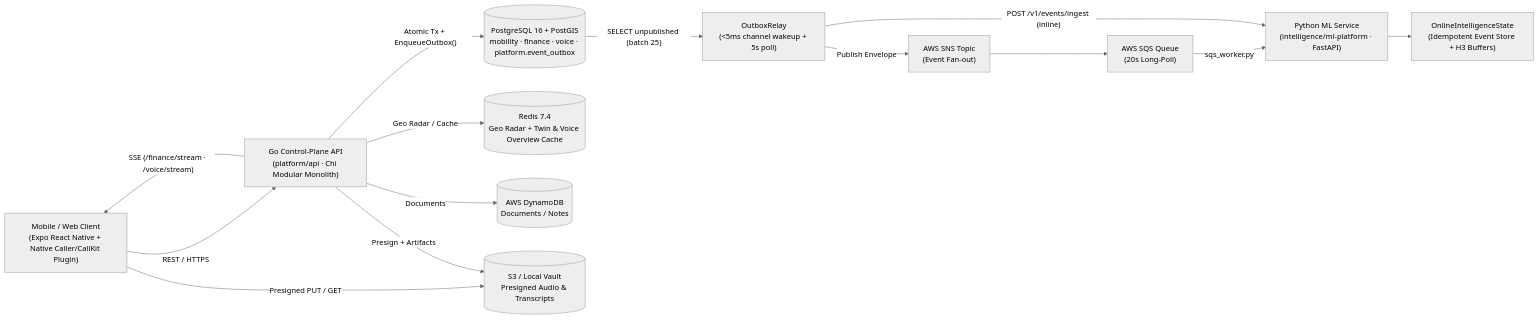
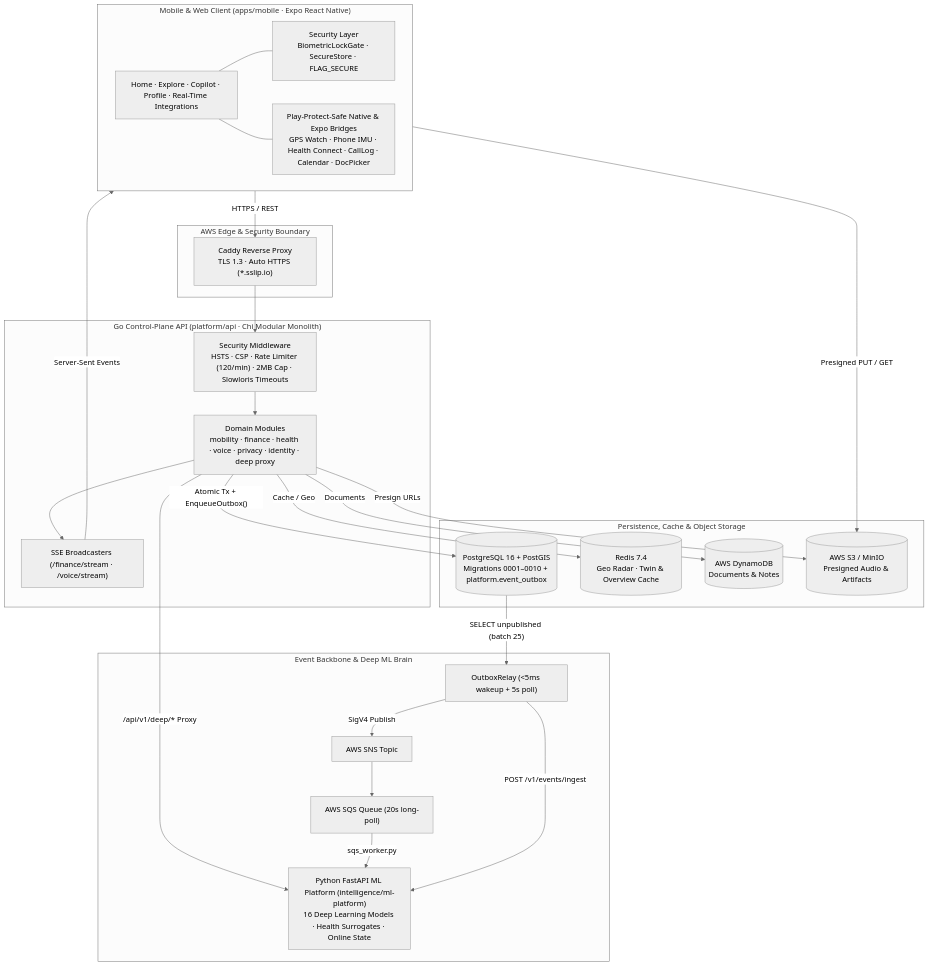
The first of 2 diagrams in README.md (sahil0017/Nexora), drawn with Mermaid (neutral theme) before and after one commit. The commit also changed other lines of this file, not shown here.

Commit message:
docs(readme): document complete system design, security, health, privacy, and deployment architecture

````diff
--- a/README.md
+++ b/README.md
@@ -9,28 +11,53 @@
 ```mermaid
-flowchart LR
-    Mobile["Mobile / Web Client<br/>(Expo React Native + Native Caller/CallKit Plugin)"]
-    API["Go Control-Plane API<br/>(platform/api · Chi Modular Monolith)"]
-    PG[("PostgreSQL 16 + PostGIS<br/>mobility · finance · voice · platform.event_outbox")]
-    Redis[("Redis 7.4<br/>Geo Radar + Twin & Voice Overview Cache")]
-    DDB[("AWS DynamoDB<br/>Documents / Notes")]
-    S3[("S3 / Local Vault<br/>Presigned Audio & Transcripts")]
-    Relay["OutboxRelay<br/>(<5ms channel wakeup + 5s poll)"]
-    SNS["AWS SNS Topic<br/>(Event Fan-out)"]
-    SQS["AWS SQS Queue<br/>(20s Long-Poll)"]
-    ML["Python ML Service<br/>(intelligence/ml-platform · FastAPI)"]
-    State["OnlineIntelligenceState<br/>(Idempotent Event Store + H3 Buffers)"]
+flowchart TB
+    subgraph Client["Mobile & Web Client (apps/mobile · Expo React Native)"]
+        UI["Home · Explore · Copilot · Profile · Real-Time Integrations"]
+        Sec["Security Layer<br/>BiometricLockGate · SecureStore · FLAG_SECURE"]
+        Native["Play-Protect-Safe Native & Expo Bridges<br/>GPS Watch · Phone IMU · Health Connect · CallLog · Calendar · DocPicker"]
+        UI --- Sec
+        UI --- Native
+    end
 
-    Mobile -- "REST / HTTPS" --> API
-    Mobile -- "Presigned PUT / GET" --> S3
-    API -- "SSE (/finance/stream · /voice/stream)" --> Mobile
-    API -- "Atomic Tx + EnqueueOutbox()" --> PG
-    API -- "Geo Radar / Cache" --> Redis
-    API -- "Documents" --> DDB
-    API -- "Presign + Artifacts" --> S3
+    subgraph Edge["AWS Edge & Security Boundary"]
+        Caddy["Caddy Reverse Proxy<br/>TLS 1.3 · Auto HTTPS (*.sslip.io)"]
+    end
+
+    subgraph ControlPlane["Go Control-Plane API (platform/api · Chi Modular Monolith)"]
+        MW["Security Middleware<br/>HSTS · CSP · Rate Limiter (120/min) · 2MB Cap · Slowloris Timeouts"]
+        Modules["Domain Modules<br/>mobility · finance · health · voice · privacy · identity · deep proxy"]
+        SSE["SSE Broadcasters (/finance/stream · /voice/stream)"]
+        MW --> Modules
+        Modules --> SSE
+    end
+
+    subgraph Data["Persistence, Cache & Object Storage"]
+        PG[("PostgreSQL 16 + PostGIS<br/>Migrations 0001–0010 + platform.event_outbox")]
+        Redis[("Redis 7.4<br/>Geo Radar · Twin & Overview Cache")]
+        DDB[("AWS DynamoDB<br/>Documents & Notes")]
+        S3[("AWS S3 / MinIO<br/>Presigned Audio & Artifacts")]
+    end
+
+    subgraph Async["Event Backbone & Deep ML Brain"]
+        Relay["OutboxRelay (<5ms wakeup + 5s poll)"]
+        SNS["AWS SNS Topic"]
+        SQS["AWS SQS Queue (20s long-poll)"]
+        ML["Python FastAPI ML Platform (intelligence/ml-platform)<br/>16 Deep Learning Models · Health Surrogates · Online State"]
+    end
+
+    Client -- "HTTPS / REST" --> Caddy
+    Caddy --> MW
+    SSE -- "Server-Sent Events" --> Client
+    Client -- "Presigned PUT / GET" --> S3
+
+    Modules -- "Atomic Tx + EnqueueOutbox()" --> PG
+    Modules -- "Cache / Geo" --> Redis
+    Modules -- "Documents" --> DDB
+    Modules -- "Presign URLs" --> S3
+    Modules -- "/api/v1/deep/* Proxy" --> ML
+
     PG -- "SELECT unpublished (batch 25)" --> Relay
-    Relay -- "Publish Envelope" --> SNS
+    Relay -- "SigV4 Publish" --> SNS
     SNS --> SQS
     SQS -- "sqs_worker.py" --> ML
-    Relay -- "POST /v1/events/ingest (inline)" --> ML
-    ML --> State
+    Relay -- "POST /v1/events/ingest" --> ML
 ```
````
